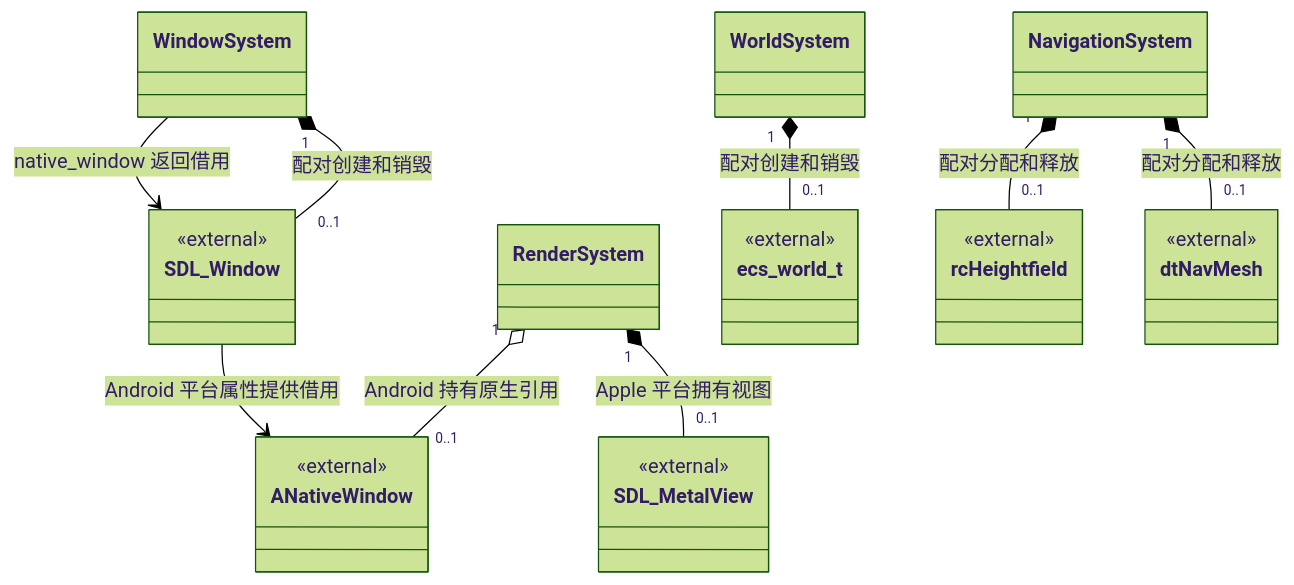
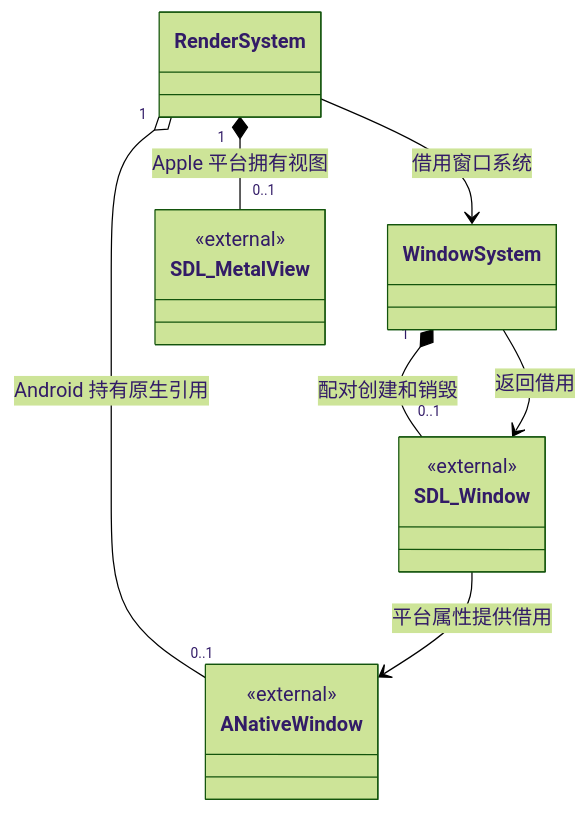
One commit to lcals/Engine changed diagram 11 of 14 in docs/class-diagrams/references.md. Above: the diagram before and after it, drawn with Mermaid (forest theme). The commit also changed other lines of this file and 53 other files, not shown here.

````diff
--- a/docs/class-diagrams/references.md
+++ b/docs/class-diagrams/references.md
@@ -129,34 +301,21 @@
 ```mermaid
 classDiagram
     direction TB
     class WindowSystem
-    class WorldSystem
-    class NavigationSystem
     class RenderSystem
-    class ANativeWindow {
+    class SDL_Window {
         <<external>>
     }
     class SDL_MetalView {
         <<external>>
     }
-    class SDL_Window {
+    class ANativeWindow {
         <<external>>
     }
-    class ecs_world_t {
-        <<external>>
-    }
-    class rcHeightfield {
-        <<external>>
-    }
-    class dtNavMesh {
-        <<external>>
-    }
+    WindowSystem "1" *-- "0..1" SDL_Window : 配对创建和销毁
+    WindowSystem --> SDL_Window : 返回借用
+    RenderSystem "1" *-- "0..1" SDL_MetalView : Apple 平台拥有视图
     RenderSystem "1" o-- "0..1" ANativeWindow : Android 持有原生引用
-    RenderSystem "1" *-- "0..1" SDL_MetalView : Apple 平台拥有视图
-    WindowSystem "1" *-- "0..1" SDL_Window : 配对创建和销毁
-    WindowSystem --> SDL_Window : native_window 返回借用
-    SDL_Window --> ANativeWindow : Android 平台属性提供借用
-    WorldSystem "1" *-- "0..1" ecs_world_t : 配对创建和销毁
-    NavigationSystem "1" *-- "0..1" rcHeightfield : 配对分配和释放
-    NavigationSystem "1" *-- "0..1" dtNavMesh : 配对分配和释放
+    RenderSystem --> WindowSystem : 借用窗口系统
+    SDL_Window --> ANativeWindow : 平台属性提供借用
 ```
````
